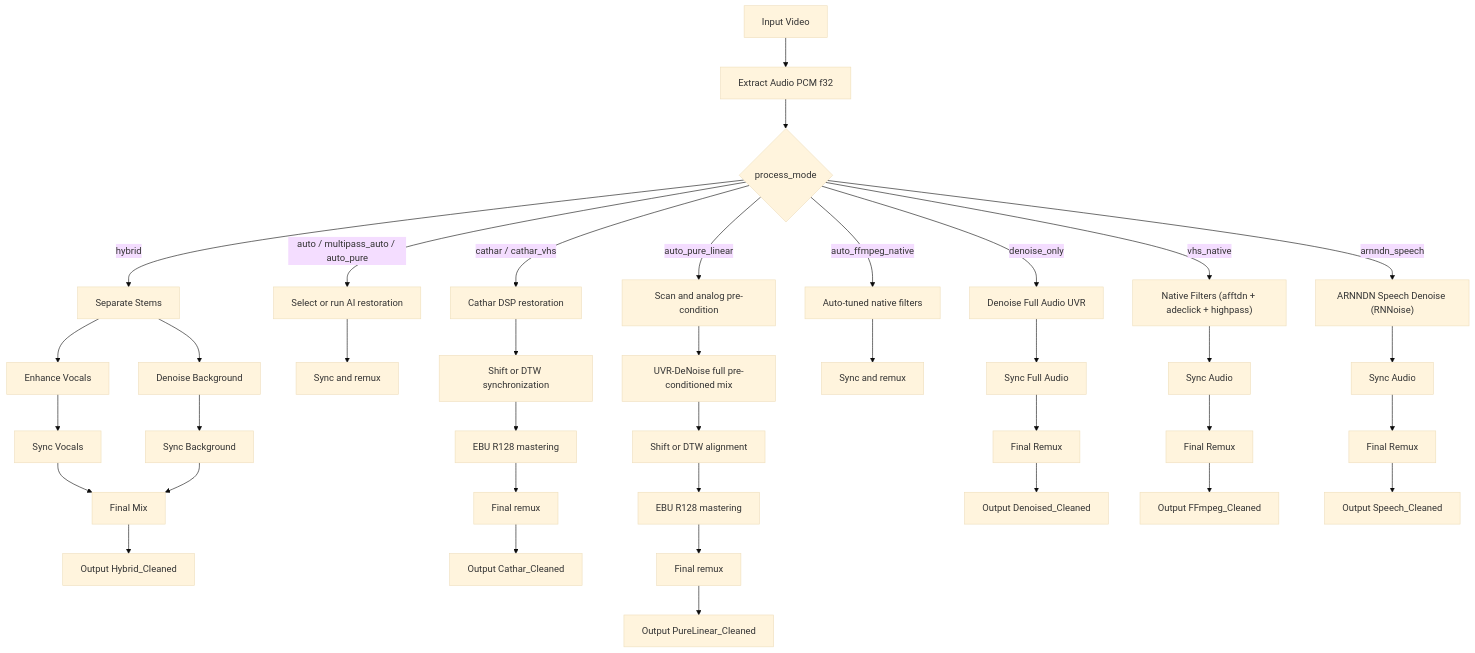
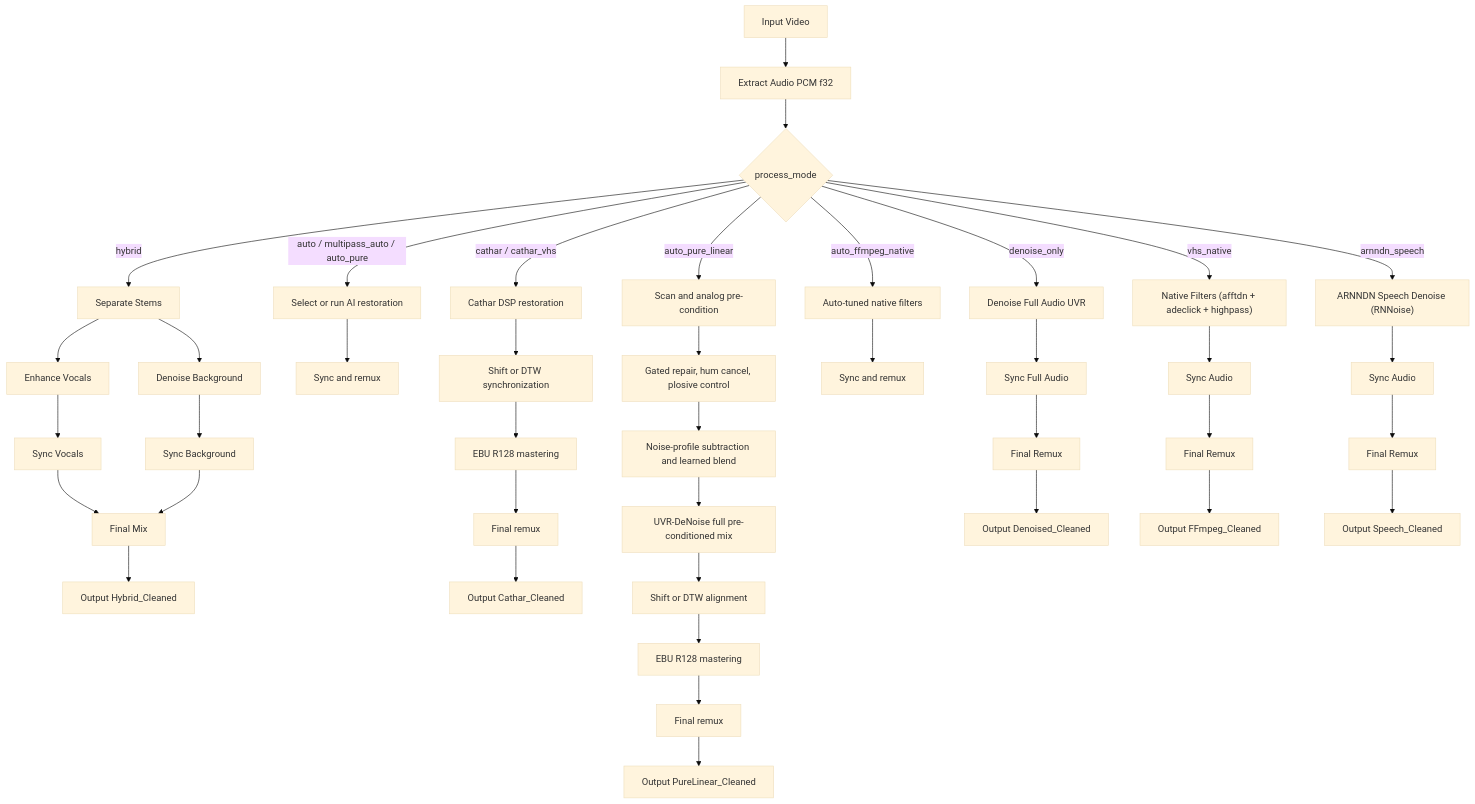
The diagram in docs/pipeline_logic.md (ventura8/AI-Hybrid-VHS-Audio-Restorer), drawn with Mermaid (base theme) before and after one commit. The commit also changed other lines of this file and 73 other files, not shown here.

````diff
--- a/docs/pipeline_logic.md
+++ b/docs/pipeline_logic.md
@@ -148,48 +176,50 @@
 ```mermaid
 flowchart TD
     A[Input Video] --> B[Extract Audio PCM f32]
     B --> M{process_mode}
 
     M -->|hybrid| H1[Separate Stems]
     H1 --> H2[Enhance Vocals]
     H1 --> H3[Denoise Background]
     H2 --> H4[Sync Vocals]
     H3 --> H5[Sync Background]
     H4 --> H6[Final Mix]
     H5 --> H6
     H6 --> HO[Output Hybrid_Cleaned]
 
     M -->|auto / multipass_auto / auto_pure| A1[Select or run AI restoration]
     A1 --> A2[Sync and remux]
 
     M -->|cathar / cathar_vhs| C1[Cathar DSP restoration]
     C1 --> C2[Shift or DTW synchronization]
     C2 --> C3[EBU R128 mastering]
     C3 --> C4[Final remux]
     C4 --> CO[Output Cathar_Cleaned]
 
     M -->|auto_pure_linear| L1[Scan and analog pre-condition]
-    L1 --> L2[UVR-DeNoise full pre-conditioned mix]
+    L1 --> L1a[Gated repair, hum cancel, plosive control]
+    L1a --> L1b[Noise-profile subtraction and learned blend]
+    L1b --> L2[UVR-DeNoise full pre-conditioned mix]
     L2 --> L3[Shift or DTW alignment]
     L3 --> L4[EBU R128 mastering]
     L4 --> L5[Final remux]
     L5 --> LO[Output PureLinear_Cleaned]
 
     M -->|auto_ffmpeg_native| F1[Auto-tuned native filters]
     F1 --> F2[Sync and remux]
 
     M -->|denoise_only| D1[Denoise Full Audio UVR]
     D1 --> D2[Sync Full Audio]
     D2 --> D3[Final Remux]
     D3 --> DO[Output Denoised_Cleaned]
 
     M -->|vhs_native| V1["Native Filters (afftdn + adeclick + highpass)"]
     V1 --> V2[Sync Audio]
     V2 --> V3[Final Remux]
     V3 --> VO[Output FFmpeg_Cleaned]
 
     M -->|arnndn_speech| S1["ARNNDN Speech Denoise (RNNoise)"]
     S1 --> S2[Sync Audio]
     S2 --> S3[Final Remux]
     S3 --> SO[Output Speech_Cleaned]
 ```
````
